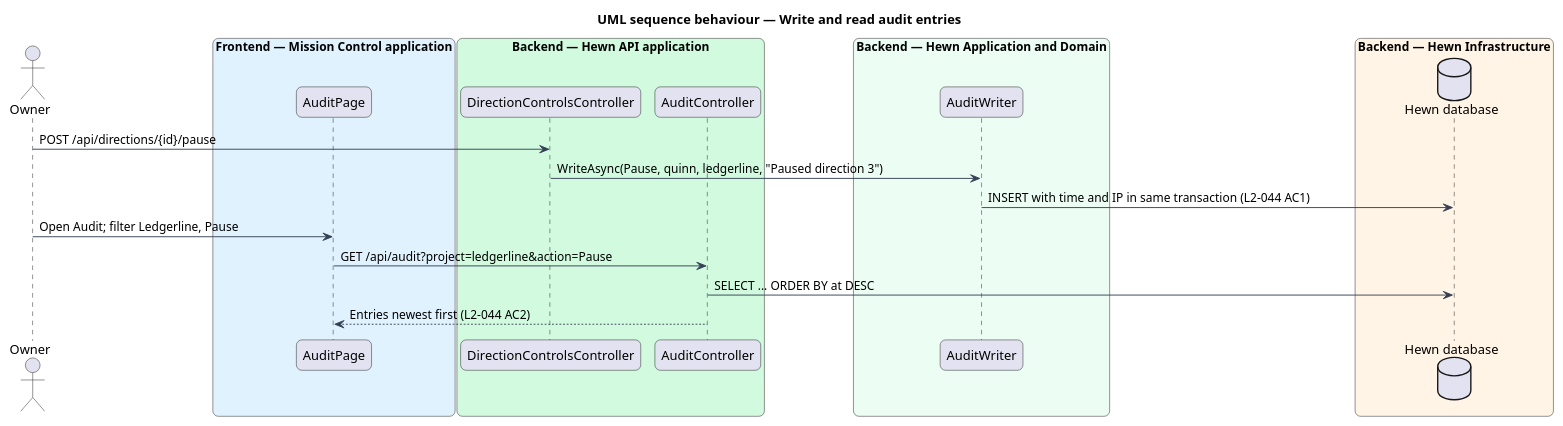
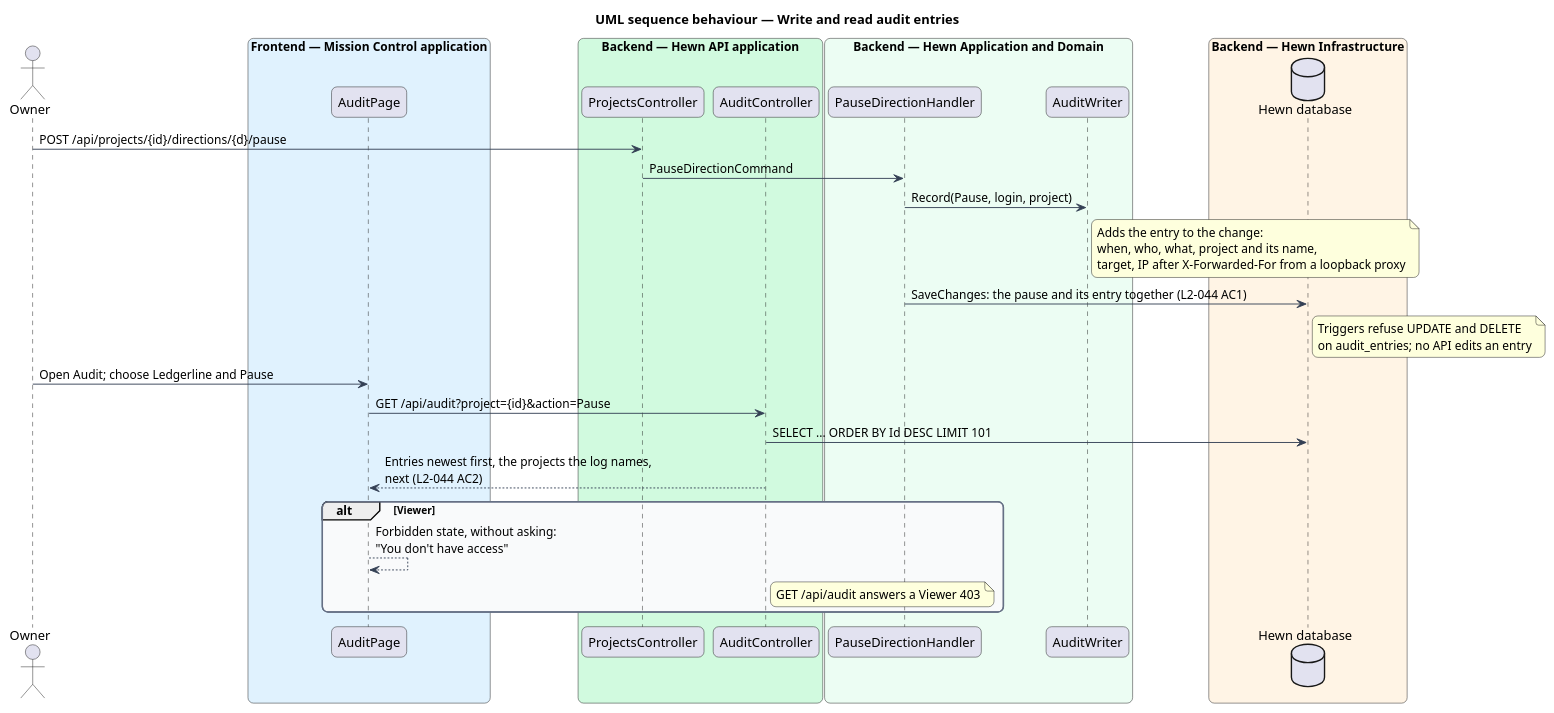
One commit to QuinntyneBrown/hewn changed the diagram in docs/detailed-designs/governance/audit-log/diagrams/sequence-write-and-read.puml. Above: the diagram before and after it, drawn with PlantUML. The commit also changed 69 other files, not shown here.

First line of the commit message:
Review the audit log (journey 32, L2-044) (#40)

```diff
--- a/docs/detailed-designs/governance/audit-log/diagrams/sequence-write-and-read.puml
+++ b/docs/detailed-designs/governance/audit-log/diagrams/sequence-write-and-read.puml
@@ -1,39 +1,47 @@
 @startuml
 title UML sequence behaviour — Write and read audit entries
 skinparam backgroundColor #FFFFFF
 skinparam shadowing false
 skinparam roundcorner 12
 skinparam defaultFontName Arial
 skinparam ArrowColor #344054
 skinparam rectangle {
   BorderColor #344054
   FontColor #101828
 }
 skinparam package {
   BorderColor #667085
   FontColor #101828
   BackgroundColor #F9FAFB
 }
 skinparam sequenceMessageAlign left
 actor "Owner" as owner
 box "Frontend — Mission Control application" #E0F2FE
   participant "AuditPage" as page
 end box
 box "Backend — Hewn API application" #D1FADF
-  participant "DirectionControlsController" as dc
+  participant "ProjectsController" as dc
   participant "AuditController" as ctrl
 end box
 box "Backend — Hewn Application and Domain" #ECFDF3
+  participant "PauseDirectionHandler" as pause
   participant "AuditWriter" as writer
 end box
 box "Backend — Hewn Infrastructure" #FFF4E5
   database "Hewn database" as db
 end box
-owner -> dc : POST /api/directions/{id}/pause
-dc -> writer : WriteAsync(Pause, quinn, ledgerline, "Paused direction 3")
-writer -> db : INSERT with time and IP in same transaction (L2-044 AC1)
-owner -> page : Open Audit; filter Ledgerline, Pause
-page -> ctrl : GET /api/audit?project=ledgerline&action=Pause
-ctrl -> db : SELECT ... ORDER BY at DESC
-ctrl --> page : Entries newest first (L2-044 AC2)
+owner -> dc : POST /api/projects/{id}/directions/{d}/pause
+dc -> pause : PauseDirectionCommand
+pause -> writer : Record(Pause, login, project)
+note right of writer : Adds the entry to the change:\nwhen, who, what, project and its name,\ntarget, IP after X-Forwarded-For from a loopback proxy
+pause -> db : SaveChanges: the pause and its entry together (L2-044 AC1)
+note right of db : Triggers refuse UPDATE and DELETE\non audit_entries; no API edits an entry
+owner -> page : Open Audit; choose Ledgerline and Pause
+page -> ctrl : GET /api/audit?project={id}&action=Pause
+ctrl -> db : SELECT ... ORDER BY Id DESC LIMIT 101
+ctrl --> page : Entries newest first, the projects the log names,\nnext (L2-044 AC2)
+alt Viewer
+  page --> page : Forbidden state, without asking:\n"You don't have access"
+  note right of ctrl : GET /api/audit answers a Viewer 403
+end
 @enduml
```
